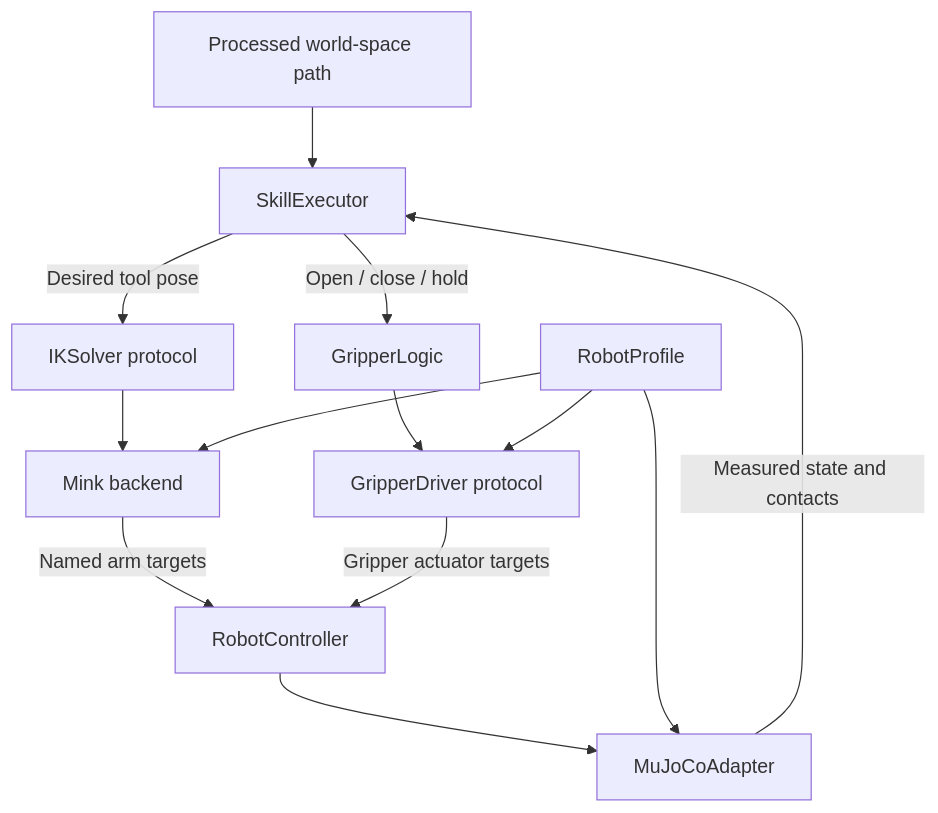
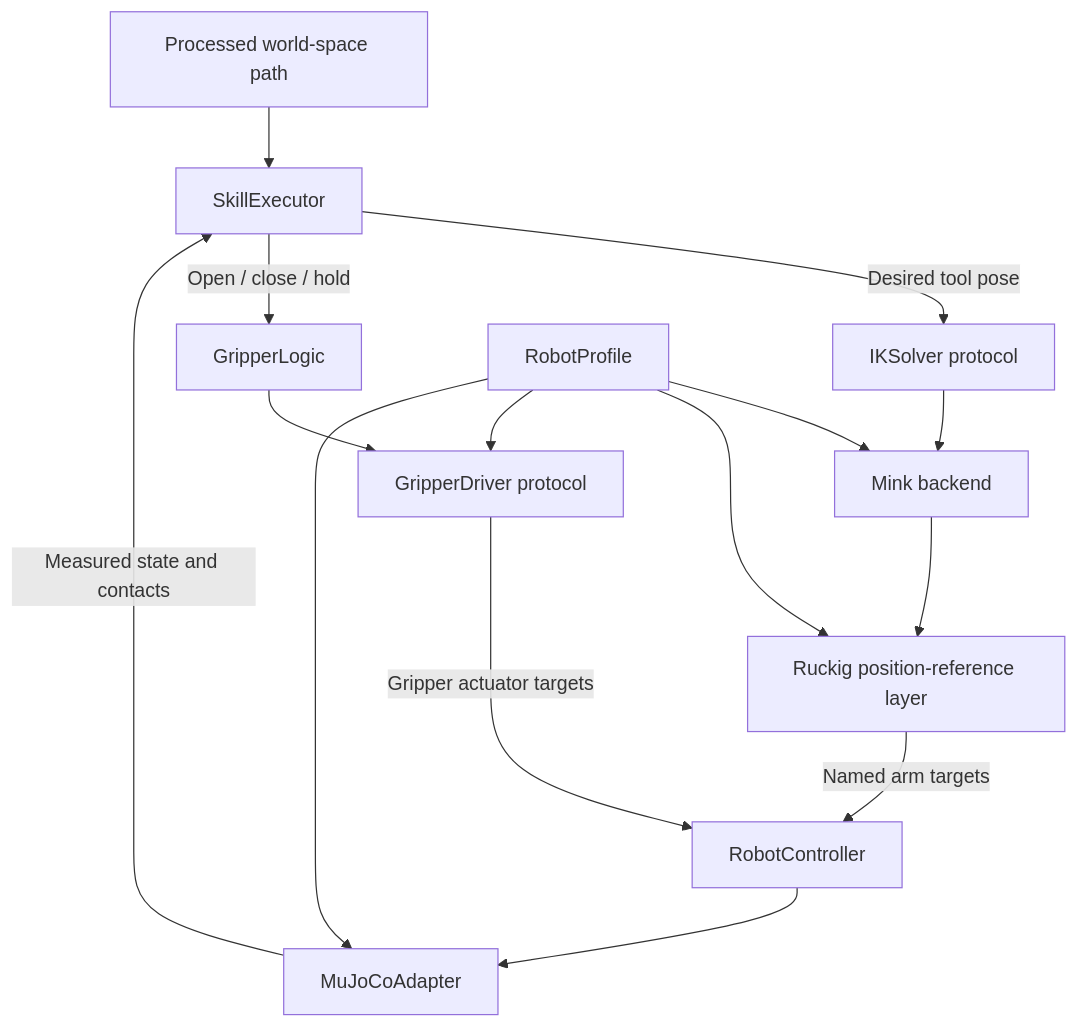
One commit to PJHancock/Mimic changed the diagram in docs/IK_GRIPPER_IMPLEMENTATION_PLAN.md. Above: the diagram before and after it, drawn with Mermaid. The commit also changed other lines of this file and 30 other files, not shown here.

````diff
--- a/docs/IK_GRIPPER_IMPLEMENTATION_PLAN.md
+++ b/docs/IK_GRIPPER_IMPLEMENTATION_PLAN.md
@@ -43,15 +51,17 @@
 ```mermaid
 flowchart TD
     P[Processed world-space path] --> S[SkillExecutor]
     S -->|Desired tool pose| I[IKSolver protocol]
     S -->|Open / close / hold| G[GripperLogic]
     I --> M[Mink backend]
     G --> D[GripperDriver protocol]
-    M -->|Named arm targets| C[RobotController]
+    M --> OTG[Ruckig position-reference layer]
+    OTG -->|Named arm targets| C[RobotController]
     D -->|Gripper actuator targets| C
     C --> A[MuJoCoAdapter]
     A -->|Measured state and contacts| S
-    R[RobotProfile] --> M
-    R --> D
-    R --> A
+    RP[RobotProfile] --> M
+    RP --> OTG
+    RP --> D
+    RP --> A
 ```
````
